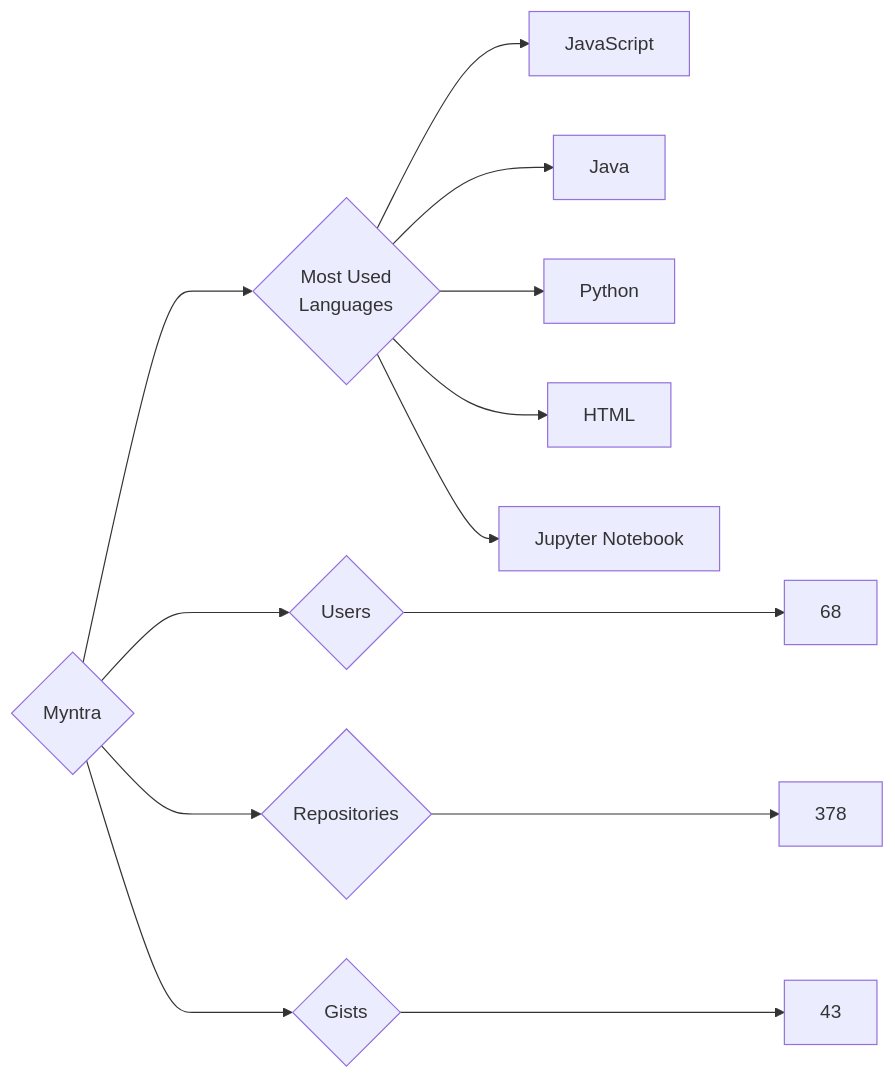
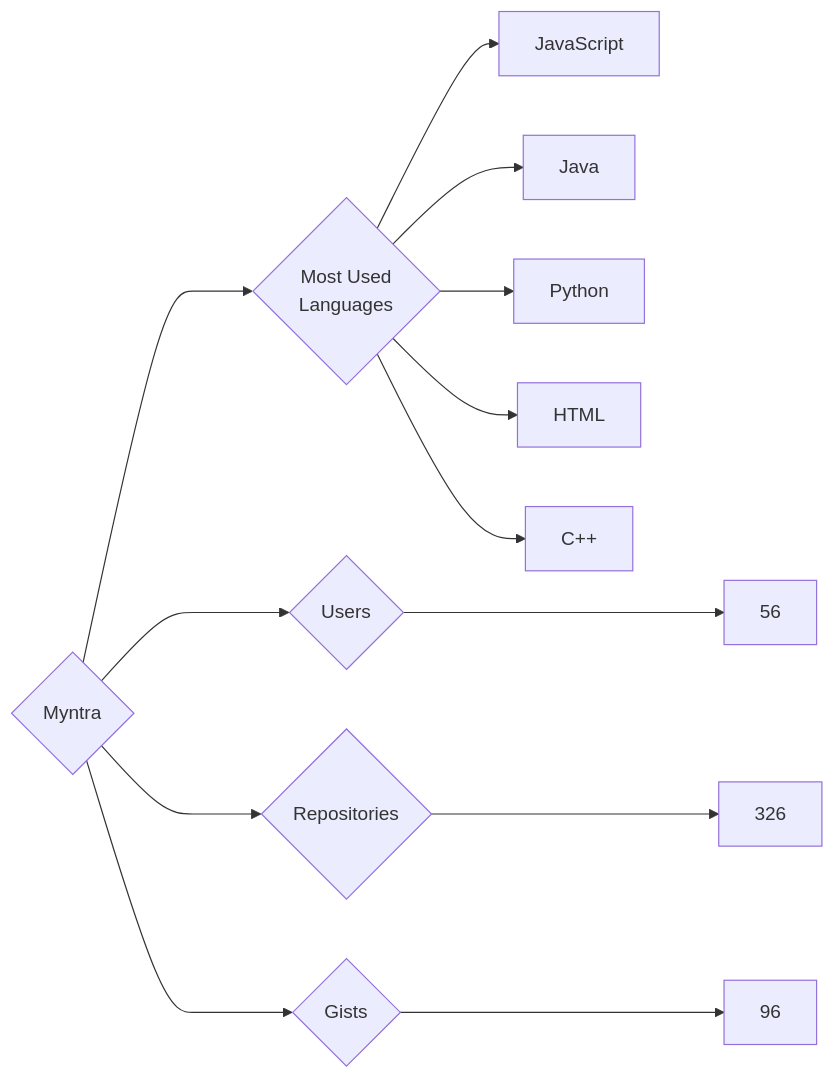
One commit to trickest/insiders changed the diagram in targets/Myntra/README.md. Above: the diagram before and after it, drawn with Mermaid. The commit also changed 681 other files, not shown here.

````diff
--- a/targets/Myntra/README.md
+++ b/targets/Myntra/README.md
@@ -3,13 +3,13 @@
 ```mermaid
 graph LR
 COMPANY_NAME{Myntra}
-COMPANY_NAME ---> U{Users} ---> UN[68]
-COMPANY_NAME ---> R{Repositories} ---> RN[378]
-COMPANY_NAME ---> G{Gists} ---> GN[43]
+COMPANY_NAME ---> U{Users} ---> UN[56]
+COMPANY_NAME ---> R{Repositories} ---> RN[326]
+COMPANY_NAME ---> G{Gists} ---> GN[96]
 COMPANY_NAME ---> ML{Most Used<br>Languages}
 ML --> JavaScript[JavaScript]
 ML --> Java[Java]
 ML --> Python[Python]
 ML --> HTML[HTML]
-ML --> Jupyter_Notebook[Jupyter Notebook]
+ML --> C++[C++]
 ```
````
